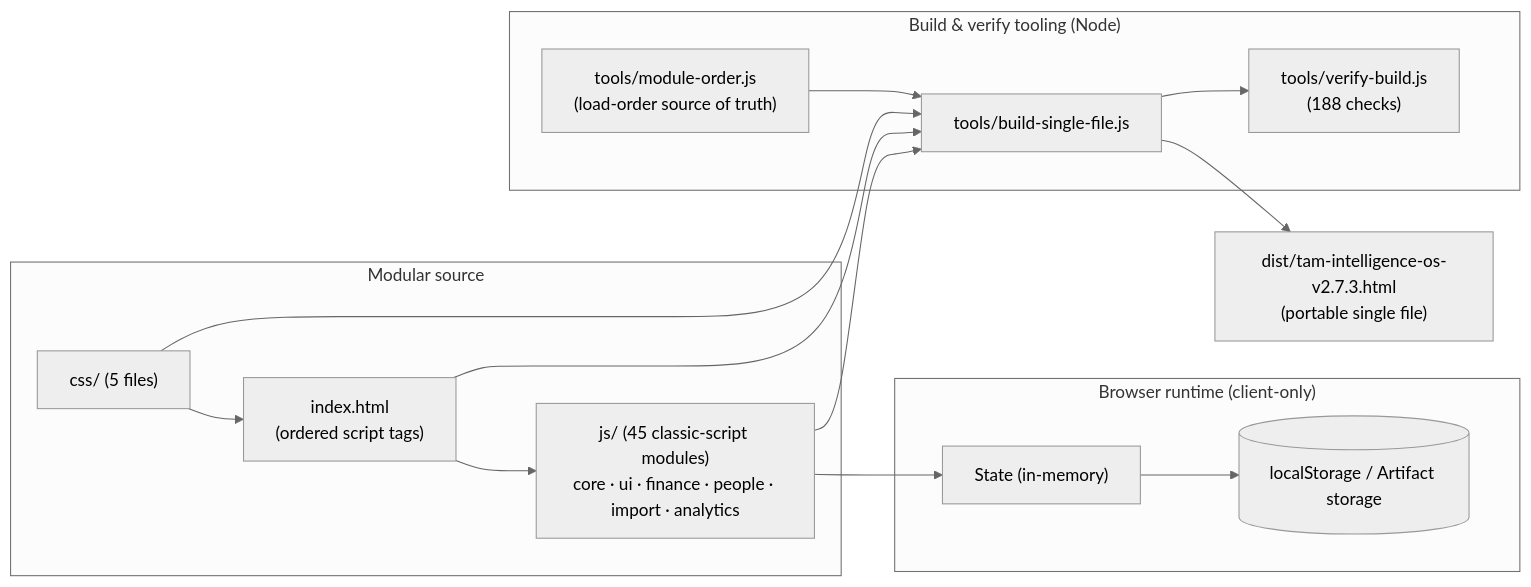
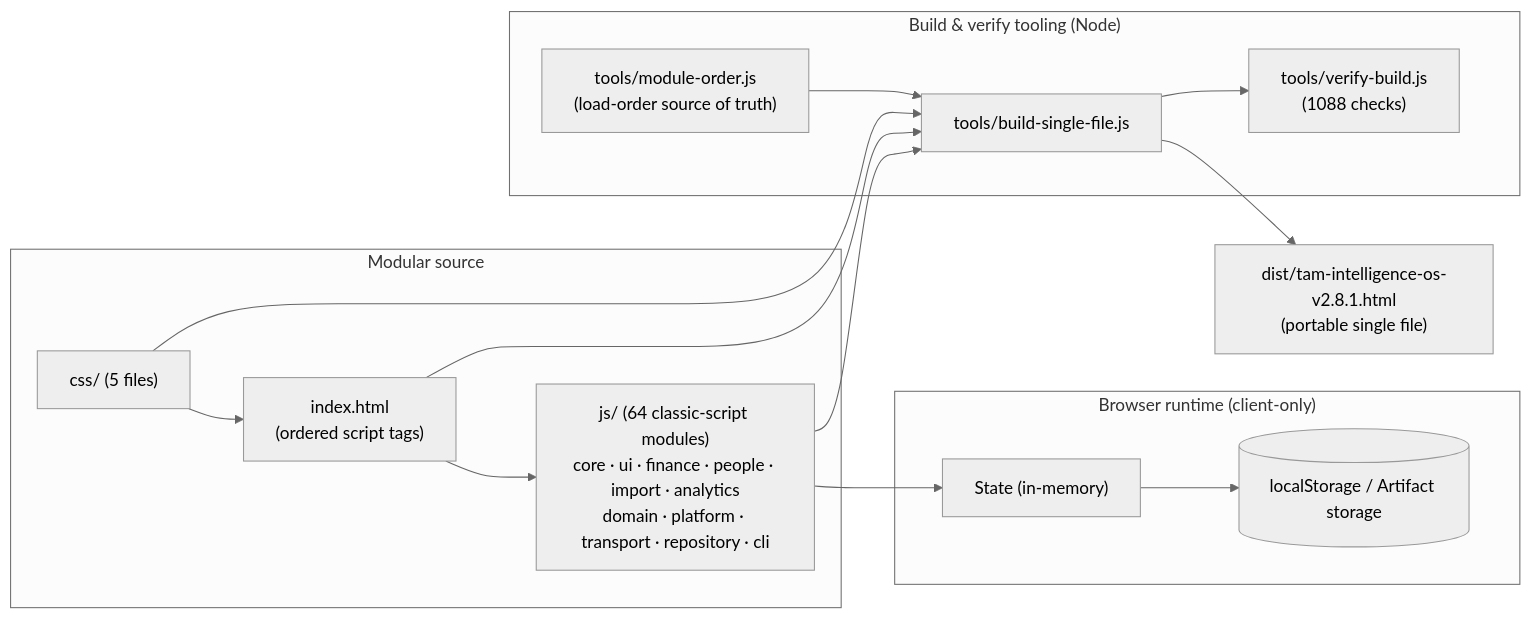
Before and after one commit to fanoryu/TAM-Intelligence-OS: the first of 2 diagrams in README.md, drawn with Mermaid (neutral theme). The commit also changed other lines of this file and 2 other files, not shown here.

````diff
--- a/README.md
+++ b/README.md
@@ -152,27 +154,27 @@
 ```mermaid
 flowchart LR
   subgraph Source["Modular source"]
     IDX["index.html<br/>(ordered script tags)"]
     CSS["css/ (5 files)"]
-    JS["js/ (45 classic-script modules)<br/>core · ui · finance · people · import · analytics"]
+    JS["js/ (64 classic-script modules)<br/>core · ui · finance · people · import · analytics<br/>domain · platform · transport · repository · cli"]
   end
   subgraph Runtime["Browser runtime (client-only)"]
     STATE["State (in-memory)"]
     LS[("localStorage / Artifact storage")]
   end
   subgraph Build["Build & verify tooling (Node)"]
     ORDER["tools/module-order.js<br/>(load-order source of truth)"]
     BUILD["tools/build-single-file.js"]
-    VERIFY["tools/verify-build.js<br/>(188 checks)"]
+    VERIFY["tools/verify-build.js<br/>(1088 checks)"]
   end
-  DIST["dist/tam-intelligence-os-v2.7.3.html<br/>(portable single file)"]
+  DIST["dist/tam-intelligence-os-v2.8.1.html<br/>(portable single file)"]
 
   IDX --> JS --> STATE --> LS
   CSS --> IDX
   ORDER --> BUILD
   IDX --> BUILD
   CSS --> BUILD
   JS --> BUILD
   BUILD --> DIST
   BUILD --> VERIFY
 ```
````
